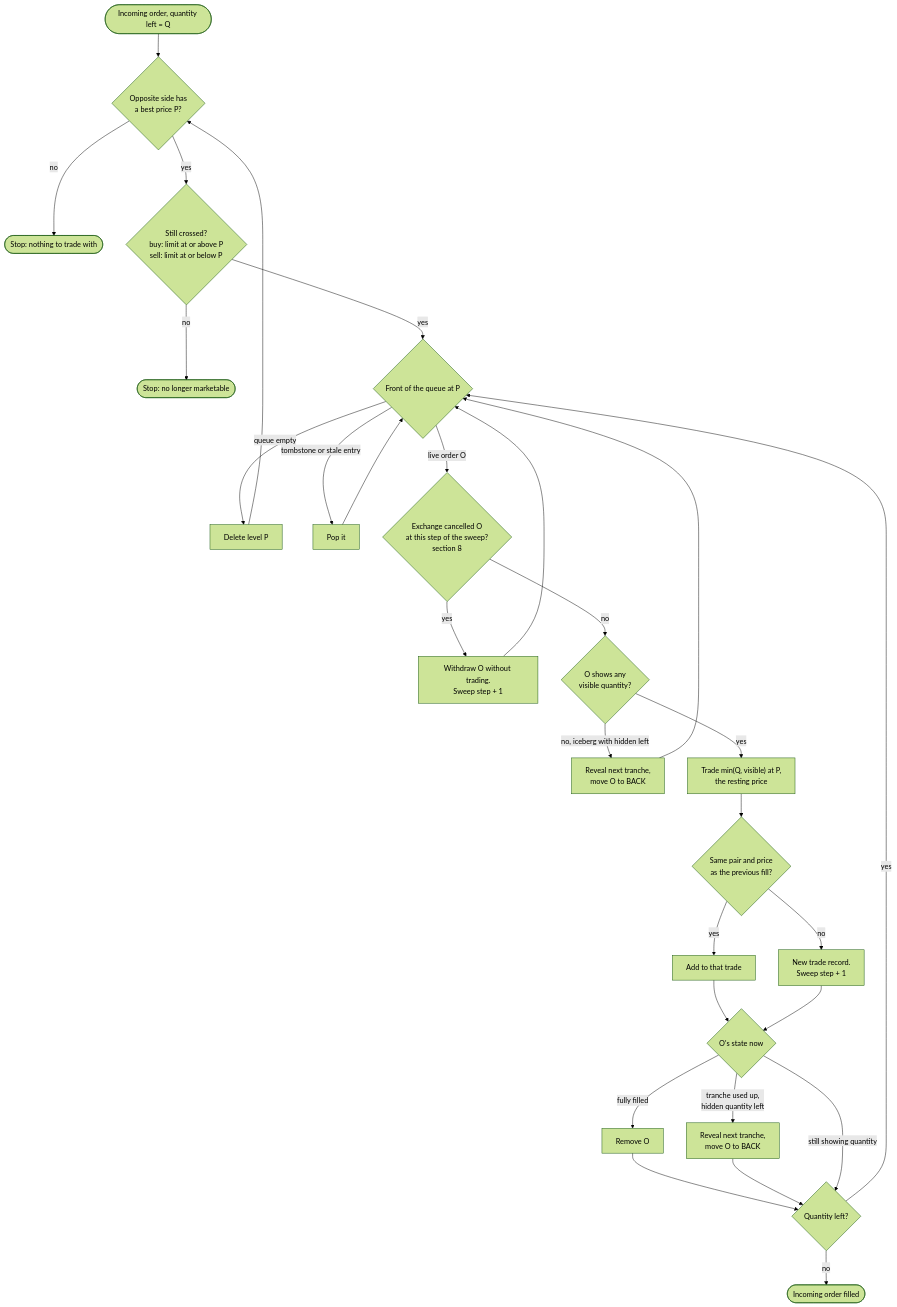
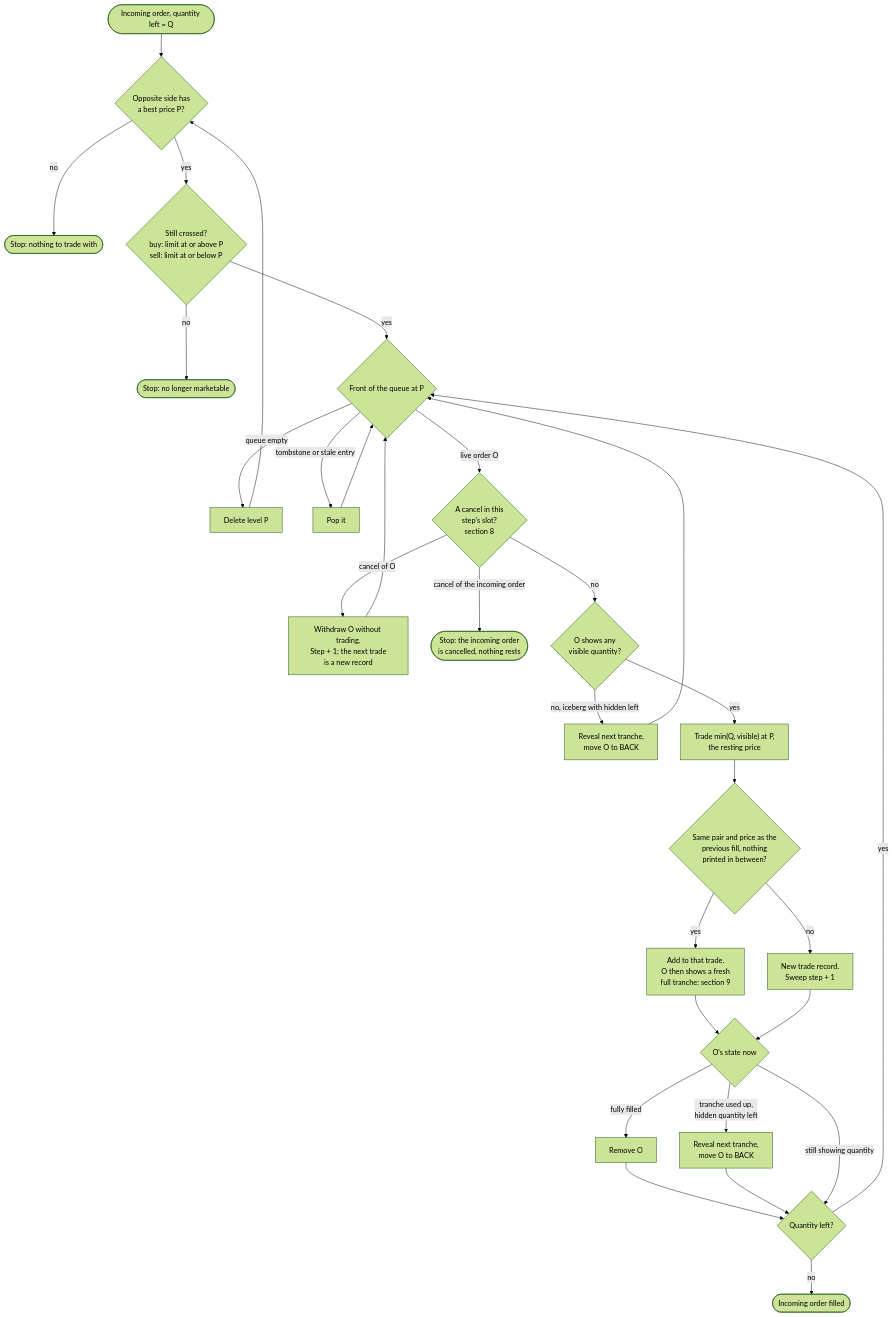
One commit to arnav127/nsetick changed the third of 7 diagrams in docs/wiki/Matching-Engine.md. Above: the diagram before and after it, drawn with Mermaid (forest theme). The commit also changed other lines of this file and 19 other files, not shown here.

````diff
--- a/docs/wiki/Matching-Engine.md
+++ b/docs/wiki/Matching-Engine.md
@@ -186,25 +197,26 @@
 ```mermaid
 flowchart TD
     S([Incoming order, quantity left = Q]) --> BL{Opposite side has<br/>a best price P?}
     BL -->|no| OUT([Stop: nothing to trade with])
     BL -->|yes| CR{Still crossed?<br/>buy: limit at or above P<br/>sell: limit at or below P}
     CR -->|no| OUT2([Stop: no longer marketable])
     CR -->|yes| FR{Front of the queue at P}
     FR -->|queue empty| DL[Delete level P] --> BL
     FR -->|tombstone or stale entry| POP[Pop it] --> FR
-    FR -->|live order O| STP{Exchange cancelled O<br/>at this step of the sweep?<br/>section 8}
-    STP -->|yes| WD[Withdraw O without trading.<br/>Sweep step + 1] --> FR
+    FR -->|live order O| STP{A cancel in this<br/>step's slot?<br/>section 8}
+    STP -->|cancel of O| WD[Withdraw O without trading.<br/>Step + 1; the next trade<br/>is a new record] --> FR
+    STP -->|cancel of the incoming order| STOPIN([Stop: the incoming order<br/>is cancelled, nothing rests])
     STP -->|no| VIS{O shows any<br/>visible quantity?}
     VIS -->|no, iceberg with hidden left| REV[Reveal next tranche,<br/>move O to BACK] --> FR
     VIS -->|yes| TR["Trade min(Q, visible) at P,<br/>the resting price"]
-    TR --> MG{Same pair and price<br/>as the previous fill?}
-    MG -->|yes| ADD[Add to that trade]
+    TR --> MG{Same pair and price as the<br/>previous fill, nothing<br/>printed in between?}
+    MG -->|yes| ADD[Add to that trade.<br/>O then shows a fresh<br/>full tranche: section 9]
     MG -->|no| NEW[New trade record.<br/>Sweep step + 1]
     ADD --> AFT{O's state now}
     NEW --> AFT
     AFT -->|fully filled| RM[Remove O] --> DONE{Quantity left?}
     AFT -->|tranche used up,<br/>hidden quantity left| REV2[Reveal next tranche,<br/>move O to BACK] --> DONE
     AFT -->|still showing quantity| DONE
     DONE -->|yes| FR
     DONE -->|no| FIN([Incoming order filled])
 ```
````
